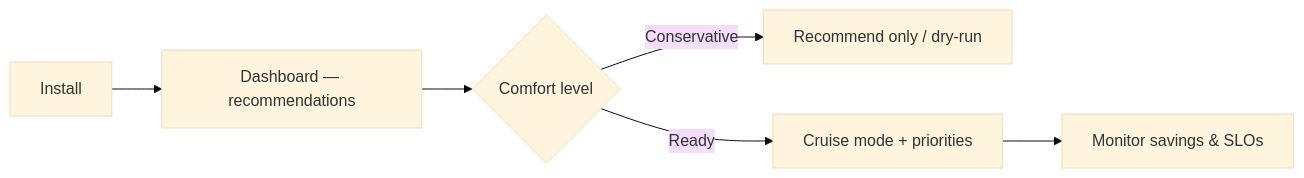
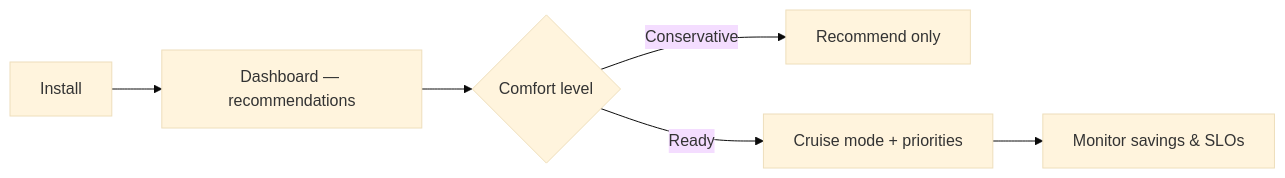
Before and after one commit to truefoundry/CruiseKube: the second of 2 diagrams in docs/src/overview.md, drawn with Mermaid (base theme). The commit also changed other lines of this file and 19 other files, not shown here.

````diff
--- a/docs/src/overview.md
+++ b/docs/src/overview.md
@@ -115,8 +61,8 @@
 ```mermaid
 flowchart LR
   A[Install] --> B[Dashboard — recommendations]
   B --> C{Comfort level}
-  C -->|Conservative| D[Recommend only / dry-run]
+  C -->|Conservative| D[Recommend only]
   C -->|Ready| E[Cruise mode + priorities]
   E --> F[Monitor savings & SLOs]
 ```
````
